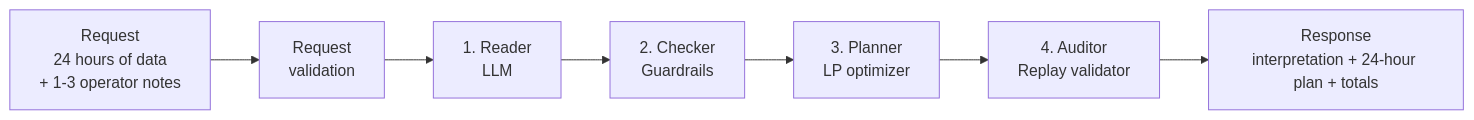
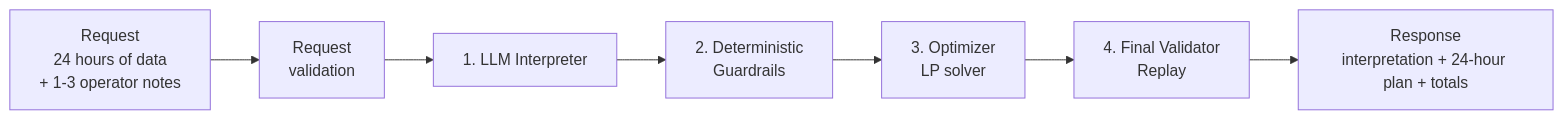
One commit to RF-Fahad-Islam/bup-hackathon-preli changed the first of 2 diagrams in README.md. Above: the diagram before and after it, drawn with Mermaid. The commit also changed other lines of this file, not shown here.

````diff
--- a/README.md
+++ b/README.md
@@ -46,9 +66,9 @@
 ```mermaid
 flowchart LR
     A[Request<br/>24 hours of data<br/>+ 1-3 operator notes] --> V[Request<br/>validation]
-    V --> B[1. Reader<br/>LLM]
-    B --> C[2. Checker<br/>Guardrails]
-    C --> D[3. Planner<br/>LP optimizer]
-    D --> E[4. Auditor<br/>Replay validator]
+    V --> B[1. LLM Interpreter]
+    B --> C[2. Deterministic<br/>Guardrails]
+    C --> D[3. Optimizer<br/>LP solver]
+    D --> E[4. Final Validator<br/>Replay]
     E --> F[Response<br/>interpretation + 24-hour plan + totals]
 ```
````
